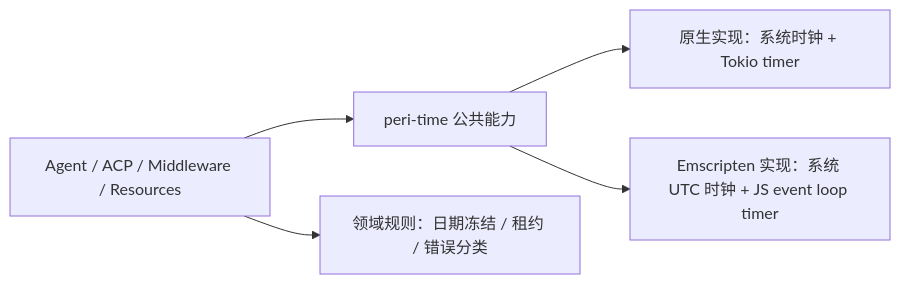
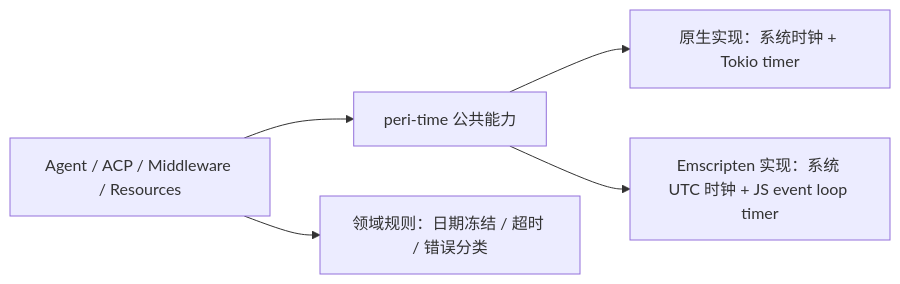
Before and after one commit to KonghaYao/peri: the diagram in docs/design/time-runtime.md, drawn with Mermaid. The commit also changed other lines of this file and 197 other files, not shown here.

````diff
--- a/docs/design/time-runtime.md
+++ b/docs/design/time-runtime.md
@@ -24,7 +24,7 @@
 ```mermaid
 flowchart LR
     Business[Agent / ACP / Middleware / Resources] --> API[peri-time 公共能力]
     API --> Native[原生实现：系统时钟 + Tokio timer]
     API --> Emscripten[Emscripten 实现：系统 UTC 时钟 + JS event loop timer]
-    Business --> Policy[领域规则：日期冻结 / 租约 / 错误分类]
+    Business --> Policy[领域规则：日期冻结 / 超时 / 错误分类]
 ```
````
